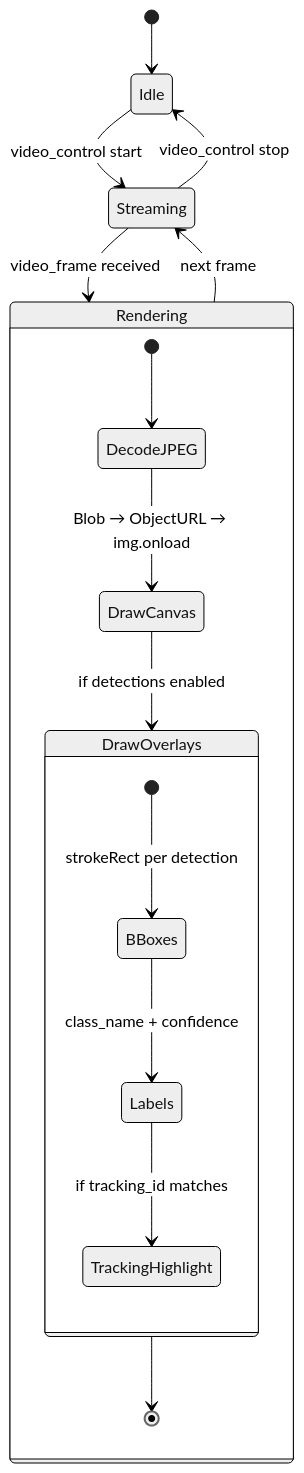
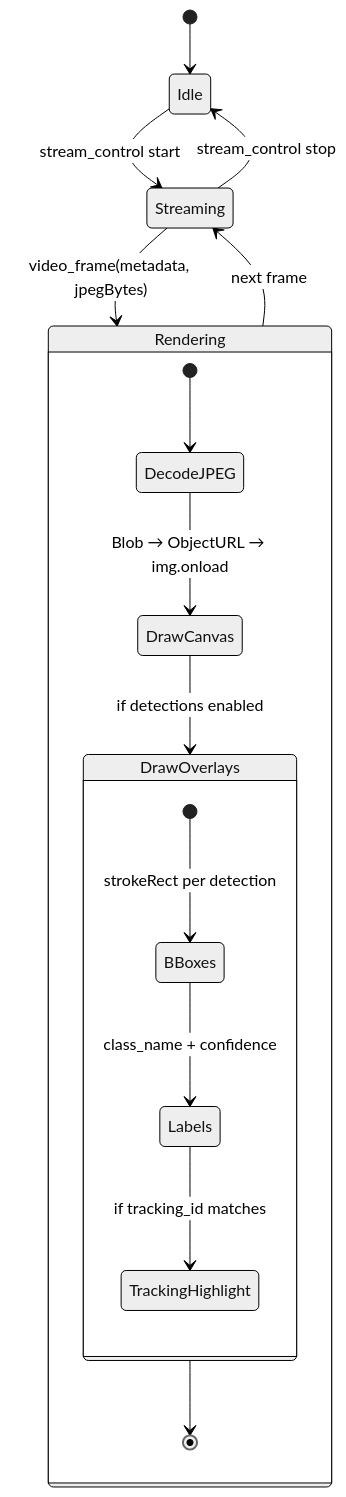
Before and after one commit to loidinhm31/robo-control-app: the tenth of 12 diagrams in docs/architecture.md, drawn with Mermaid (neutral theme). The commit also changed other lines of this file and 4 other files, not shown here.

Commit message:
feat: handle binary video stream demand

````diff
--- a/docs/architecture.md
+++ b/docs/architecture.md
@@ -413,22 +415,22 @@
 ```mermaid
 stateDiagram-v2
     [*] --> Idle
-    Idle --> Streaming: video_control start
-    Streaming --> Rendering: video_frame received
+    Idle --> Streaming: stream_control start
+    Streaming --> Rendering: video_frame(metadata, jpegBytes)
 
     state Rendering {
         [*] --> DecodeJPEG
         DecodeJPEG --> DrawCanvas: Blob → ObjectURL → img.onload
         DrawCanvas --> DrawOverlays: if detections enabled
         DrawOverlays --> [*]
     }
 
     Rendering --> Streaming: next frame
-    Streaming --> Idle: video_control stop
+    Streaming --> Idle: stream_control stop
 
     state DrawOverlays {
         [*] --> BBoxes: strokeRect per detection
         BBoxes --> Labels: class_name + confidence
         Labels --> TrackingHighlight: if tracking_id matches
     }
 ```
````
